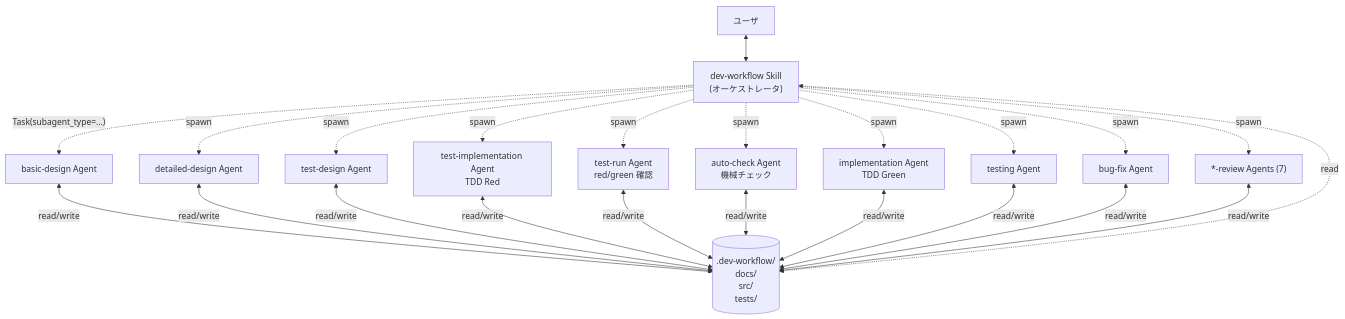
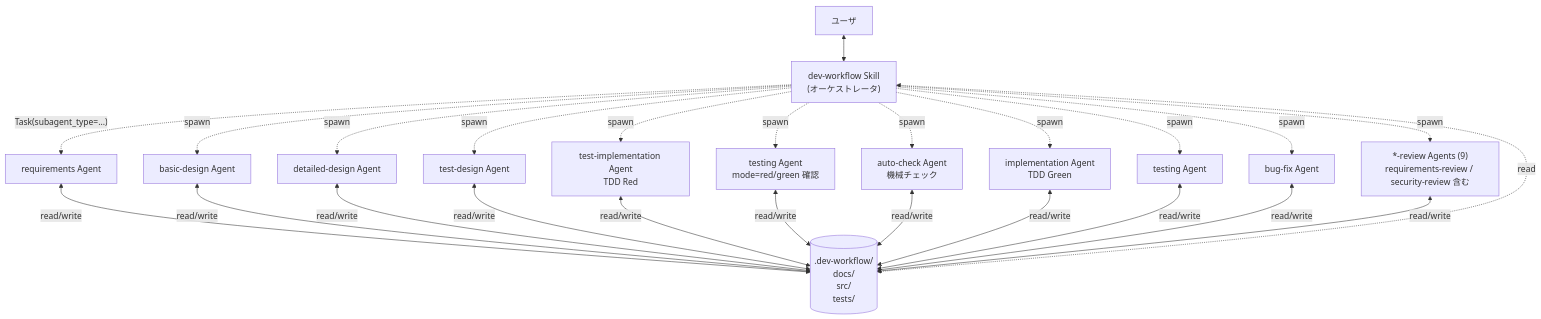
One commit to yamasuki-/software_dev_workflow changed the first of 6 diagrams in docs/workflow-overview.md. Above: the diagram before and after it, drawn with Mermaid. The commit also changed other lines of this file and 36 other files, not shown here.

````diff
--- a/docs/workflow-overview.md
+++ b/docs/workflow-overview.md
@@ -7,16 +7,17 @@
 ```mermaid
 flowchart TD
     User["ユーザ"] <--> Orch["dev-workflow Skill<br/>(オーケストレータ)"]
-    Orch -. "Task(subagent_type=...)" .-> BDA["basic-design Agent"]
+    Orch -. "Task(subagent_type=...)" .-> RQA["requirements Agent"]
+    Orch -. spawn .-> BDA["basic-design Agent"]
     Orch -. spawn .-> DDA["detailed-design Agent"]
     Orch -. spawn .-> TDA["test-design Agent"]
     Orch -. spawn .-> TIA["test-implementation Agent<br/>TDD Red"]
-    Orch -. spawn .-> TR["test-run Agent<br/>red/green 確認"]
+    Orch -. spawn .-> TR["testing Agent<br/>mode=red/green 確認"]
     Orch -. spawn .-> AC["auto-check Agent<br/>機械チェック"]
     Orch -. spawn .-> ImpA["implementation Agent<br/>TDD Green"]
     Orch -. spawn .-> TstA["testing Agent"]
     Orch -. spawn .-> BugA["bug-fix Agent"]
-    Orch -. spawn .-> RevA["*-review Agents (7)"]
-    BDA & DDA & TDA & TIA & TR & AC & ImpA & TstA & BugA & RevA <-->|"read/write"| FS[(".dev-workflow/<br/>docs/<br/>src/<br/>tests/")]
+    Orch -. spawn .-> RevA["*-review Agents (9)<br/>requirements-review / security-review 含む"]
+    RQA & BDA & DDA & TDA & TIA & TR & AC & ImpA & TstA & BugA & RevA <-->|"read/write"| FS[(".dev-workflow/<br/>docs/<br/>src/<br/>tests/")]
     Orch <-. read .-> FS
 ```
````
